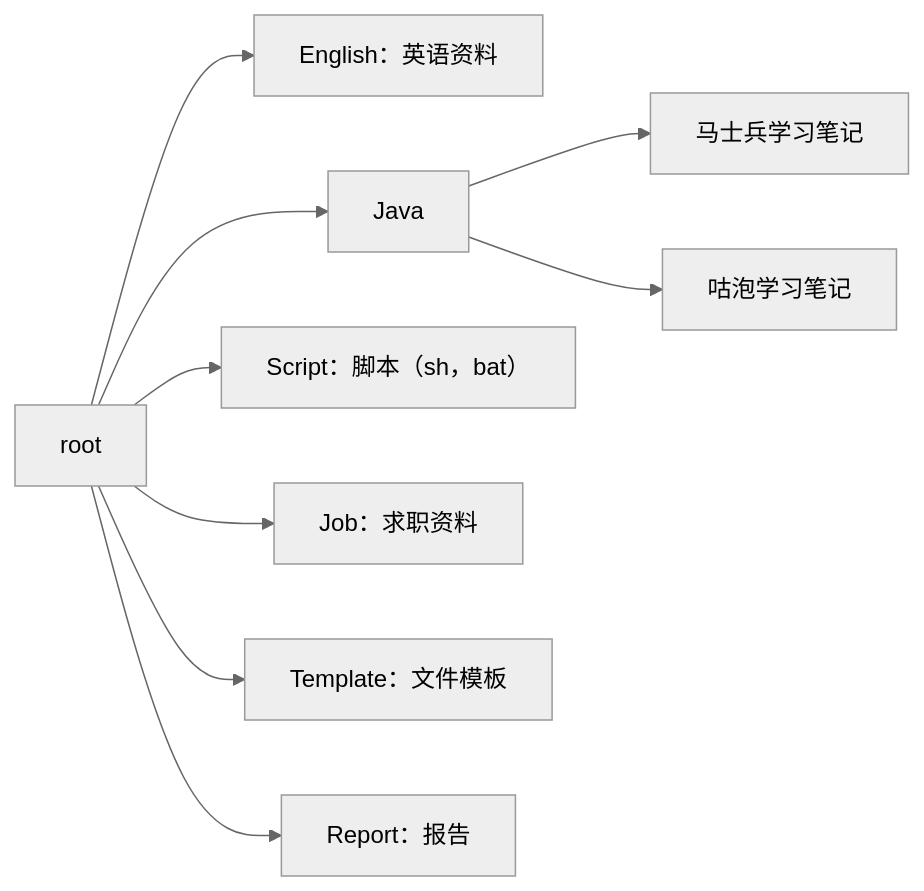
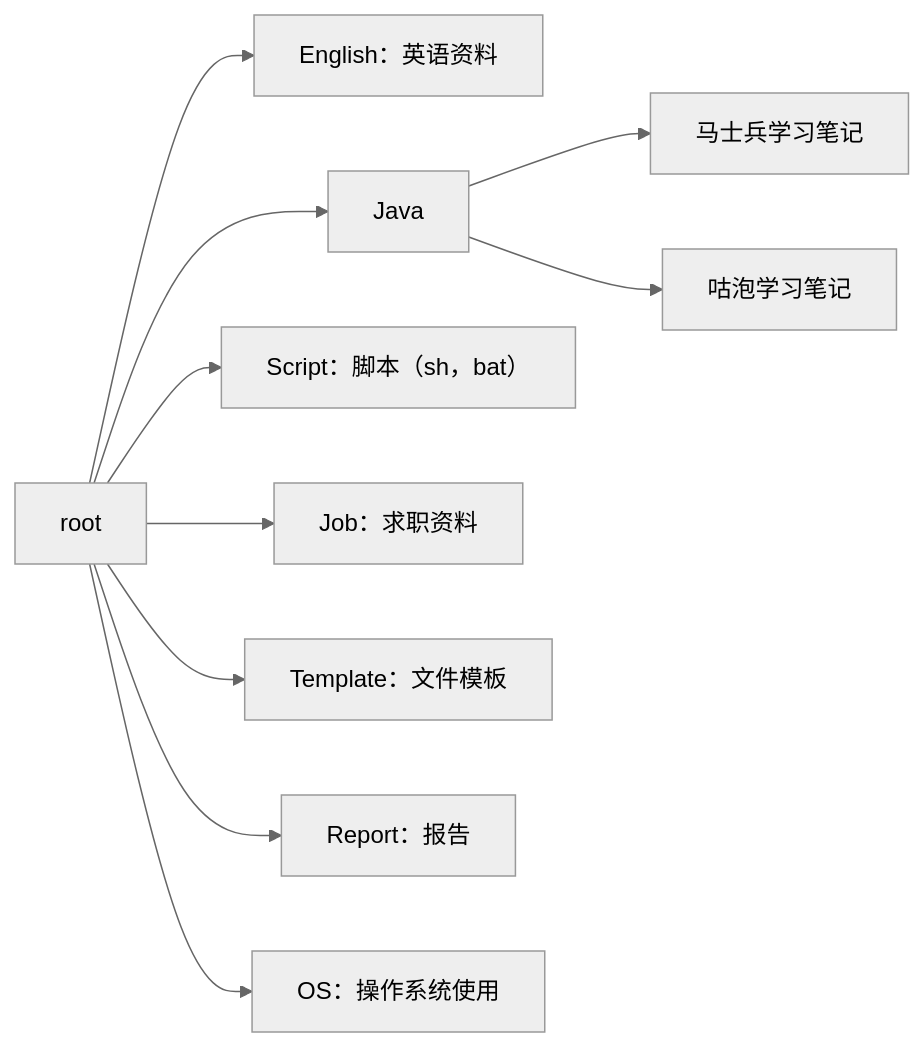
The diagram in README.md (namelessmyth/beFreeCoder), drawn with Mermaid (neutral theme) before and after one commit. The commit also changed 7 other files, not shown here.

````diff
--- a/README.md
+++ b/README.md
@@ -14,13 +14,14 @@
 ```mermaid
 flowchart LR
 
 root-->English["English：英语资料"]
 root-->Java["Java"]
 root-->Script["Script：脚本（sh，bat）"]
 root-->Job["Job：求职资料"]
 root-->Template["Template：文件模板"]
 root-->Report["Report：报告"]
+root-->os["OS：操作系统使用"]
 
 Java-->mashibing[马士兵学习笔记]
 Java-->gupao[咕泡学习笔记]
 ```
````
